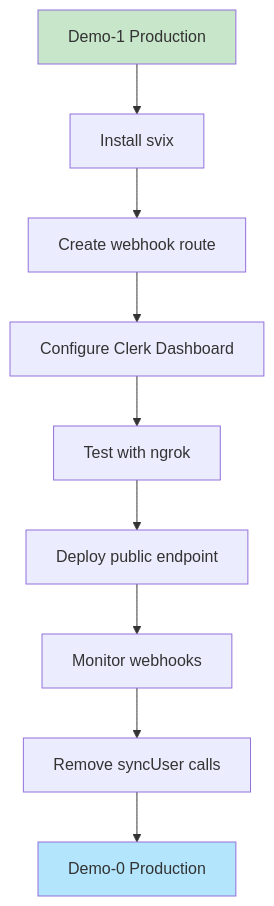
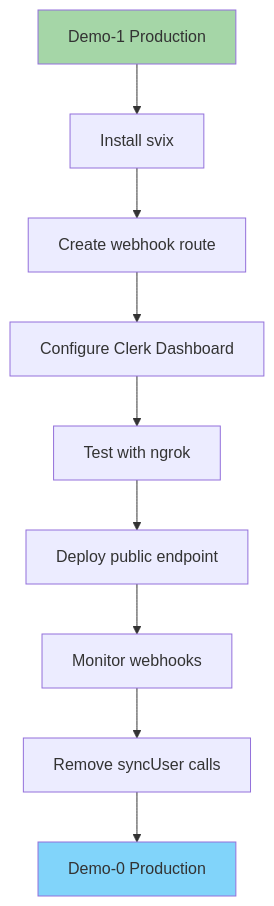
Diagram 29 of 39 in 02-DIAGRAMMES_ARCHITECTURES.md (inskillflow/auths-1-NEXTJS-introduction), drawn with Mermaid before and after one commit. The commit also changed other lines of this file, not shown here.

````diff
--- a/02-DIAGRAMMES_ARCHITECTURES.md
+++ b/02-DIAGRAMMES_ARCHITECTURES.md
@@ -971,14 +971,14 @@
 ```mermaid
 graph TD
     START[Demo-1 Production] --> STEP1[Install svix]
     STEP1 --> STEP2[Create webhook route]
     STEP2 --> STEP3[Configure Clerk Dashboard]
     STEP3 --> STEP4[Test with ngrok]
     STEP4 --> STEP5[Deploy public endpoint]
     STEP5 --> STEP6[Monitor webhooks]
     STEP6 --> STEP7[Remove syncUser calls]
     STEP7 --> END[Demo-0 Production]
     
-    style START fill:#c8e6c9
-    style END fill:#b3e5fc
+    style START fill:#a5d6a7
+    style END fill:#81d4fa
 ```
````
